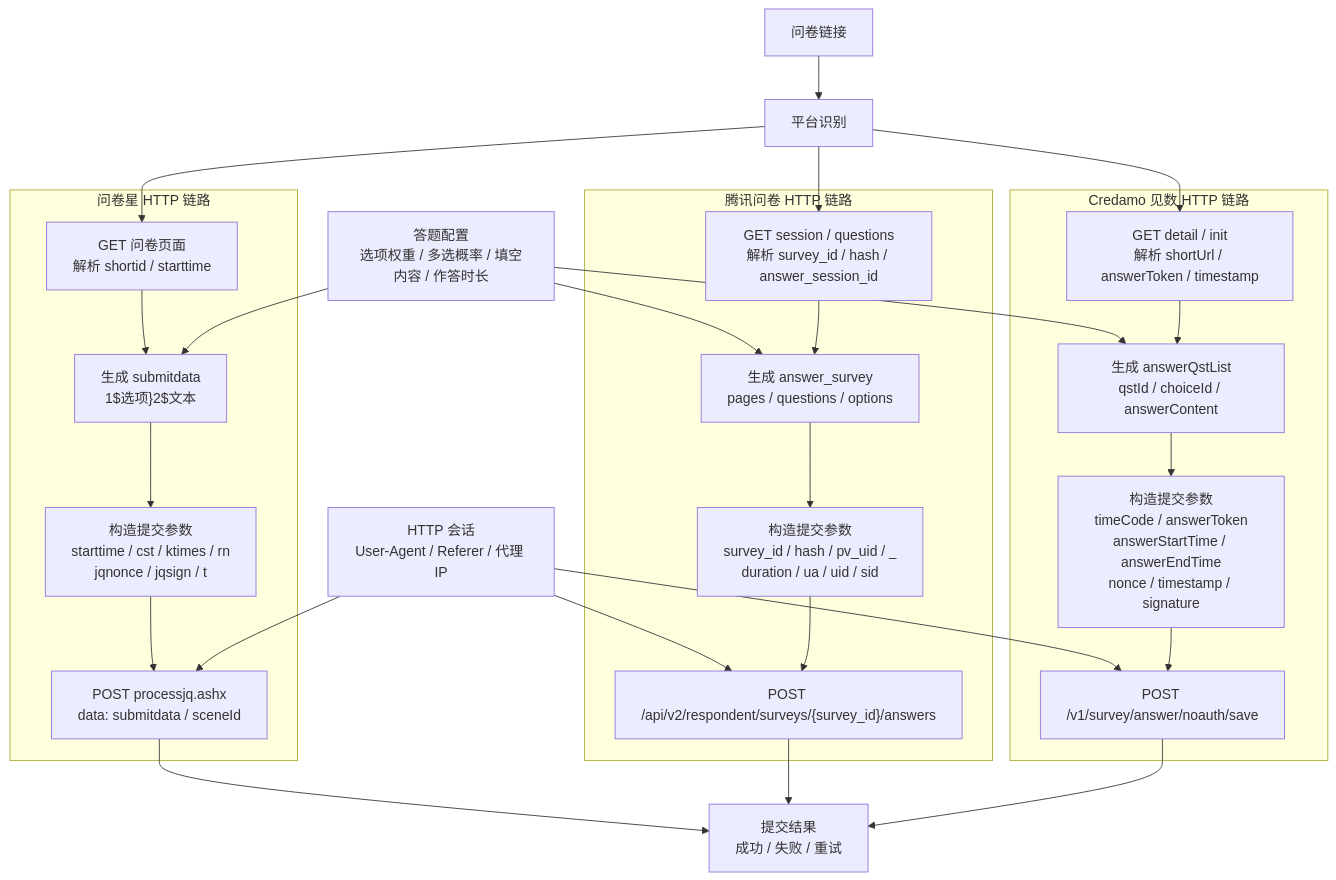
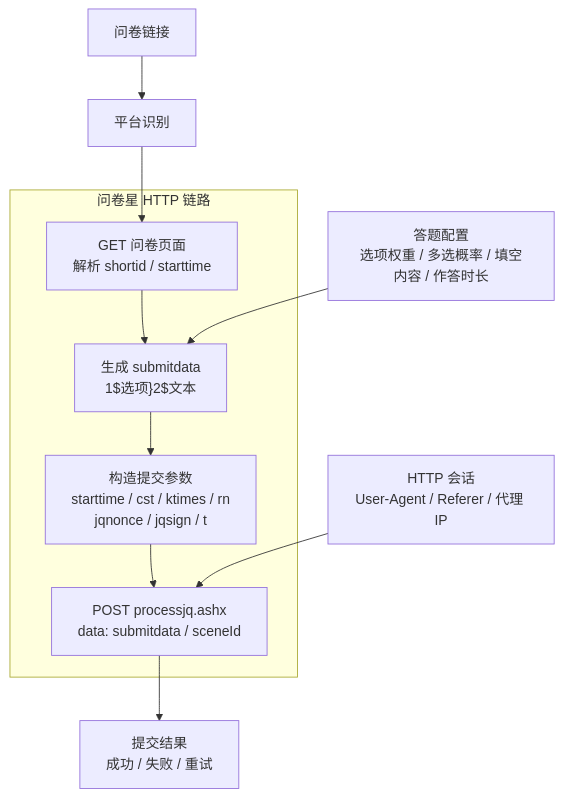
Before and after one commit to kaixinol/SurveySubmitter: the diagram in README.md, drawn with Mermaid. The commit also changed other lines of this file and 2 other files, not shown here.

````diff
--- a/README.md
+++ b/README.md
@@ -99,49 +75,23 @@
 ```mermaid
 flowchart TB
   link["问卷链接"]
   detect["平台识别"]
   config["答题配置<br/>选项权重 / 多选概率 / 填空内容 / 作答时长"]
   session["HTTP 会话<br/>User-Agent / Referer / 代理 IP"]
   result["提交结果<br/>成功 / 失败 / 重试"]
 
   link --> detect
   detect --> wjx_parse
-  detect --> tencent_parse
-  detect --> credamo_parse
 
   subgraph wjx["问卷星 HTTP 链路"]
     wjx_parse["GET 问卷页面<br/>解析 shortid / starttime"]
     wjx_answer["生成 submitdata<br/>1$选项}2$文本"]
     wjx_params["构造提交参数<br/>starttime / cst / ktimes / rn<br/>jqnonce / jqsign / t"]
     wjx_submit["POST processjq.ashx<br/>data: submitdata / sceneId"]
     wjx_parse --> wjx_answer --> wjx_params --> wjx_submit
   end
 
-  subgraph tencent["腾讯问卷 HTTP 链路"]
-    tencent_parse["GET session / questions<br/>解析 survey_id / hash / answer_session_id"]
-    tencent_answer["生成 answer_survey<br/>pages / questions / options"]
-    tencent_params["构造提交参数<br/>survey_id / hash / pv_uid / _<br/>duration / ua / uid / sid"]
-    tencent_submit["POST /api/v2/respondent/surveys/{survey_id}/answers"]
-    tencent_parse --> tencent_answer --> tencent_params --> tencent_submit
-  end
-
-  subgraph credamo["Credamo 见数 HTTP 链路"]
-    credamo_parse["GET detail / init<br/>解析 shortUrl / answerToken / timestamp"]
-    credamo_answer["生成 answerQstList<br/>qstId / choiceId / answerContent"]
-    credamo_params["构造提交参数<br/>timeCode / answerToken<br/>answerStartTime / answerEndTime<br/>nonce / timestamp / signature"]
-    credamo_submit["POST /v1/survey/answer/noauth/save"]
-    credamo_parse --> credamo_answer --> credamo_params --> credamo_submit
-  end
-
   config --> wjx_answer
-  config --> tencent_answer
-  config --> credamo_answer
-
   session --> wjx_submit
-  session --> tencent_submit
-  session --> credamo_submit
-
   wjx_submit --> result
-  tencent_submit --> result
-  credamo_submit --> result
 ```
````
